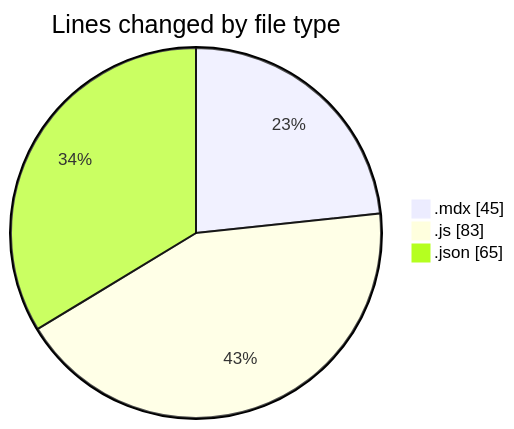
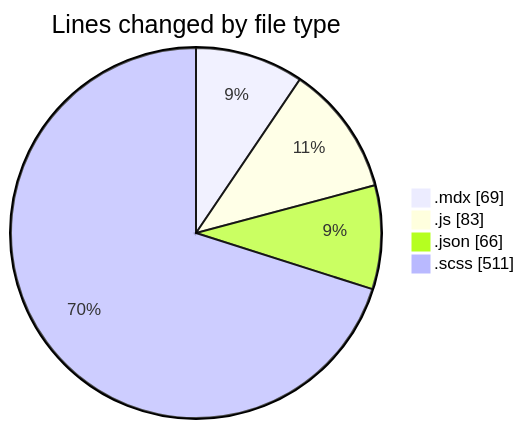
Before and after one commit to momahboobian/code-tracking: the first of 2 diagrams in 2026-08-13/cda/README.md, drawn with Mermaid. The commit also changed other lines of this file and 1 other file, not shown here.

````diff
--- a/2026-08-13/cda/README.md
+++ b/2026-08-13/cda/README.md
@@ -23,7 +24,8 @@
 ```mermaid
 pie showData
 title Lines changed by file type
-".mdx" : 45
+".mdx" : 69
 ".js" : 83
-".json" : 65
+".json" : 66
+".scss" : 511
 ```
````
